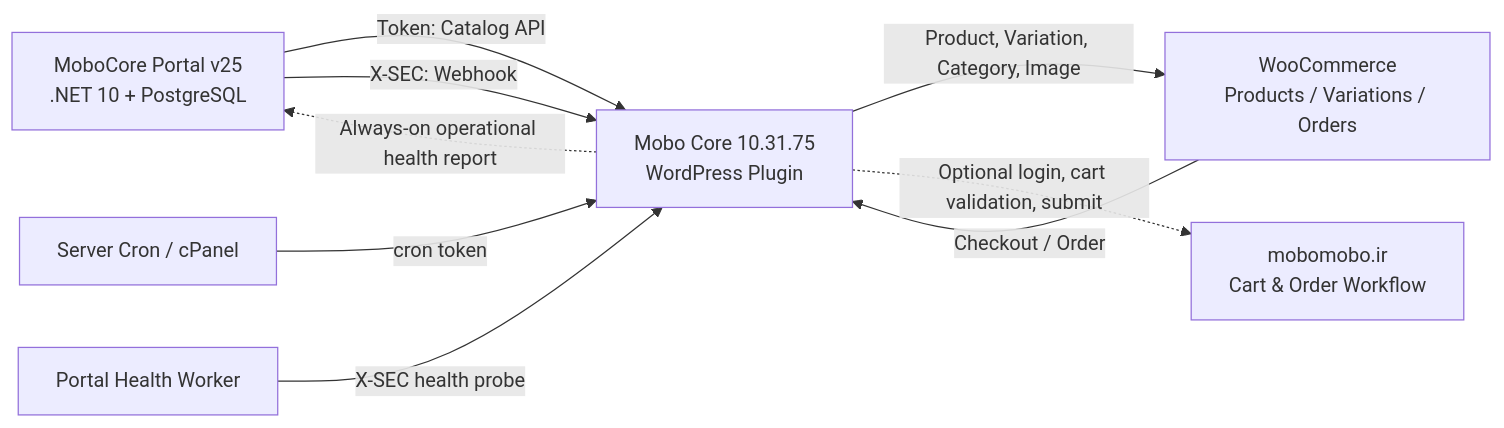
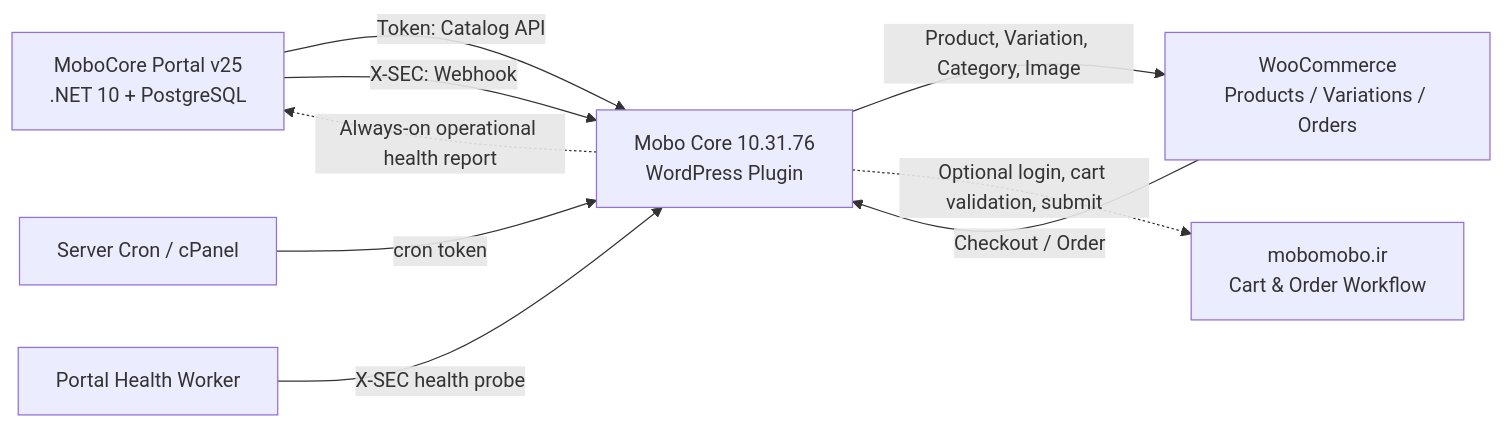
Before and after one commit to PedramDev/mobo-core: the first of 11 diagrams in wp-content/plugins/mobo-core/DIAGRAMS.MD, drawn with Mermaid. The commit also changed other lines of this file and 7 other files, not shown here.

````diff
--- a/wp-content/plugins/mobo-core/DIAGRAMS.MD
+++ b/wp-content/plugins/mobo-core/DIAGRAMS.MD
@@ -21,18 +21,18 @@
 ```mermaid
 flowchart LR
     P["MoboCore Portal v25<br/>.NET 10 + PostgreSQL"]
-    W["Mobo Core 10.31.75<br/>WordPress Plugin"]
+    W["Mobo Core 10.31.76<br/>WordPress Plugin"]
     WC["WooCommerce<br/>Products / Variations / Orders"]
     M["mobomobo.ir<br/>Cart & Order Workflow"]
     C["Server Cron / cPanel"]
     H["Portal Health Worker"]
 
     P -- "Token: Catalog API" --> W
     P -- "X-SEC: Webhook" --> W
     W -- "Product, Variation, Category, Image" --> WC
     WC -- "Checkout / Order" --> W
     W -. "Optional login, cart validation, submit" .-> M
     C -- "cron token" --> W
     H -- "X-SEC health probe" --> W
     W -. "Always-on operational health report" .-> P
 ```
````
